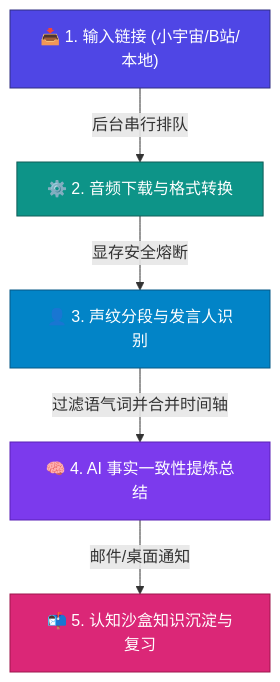
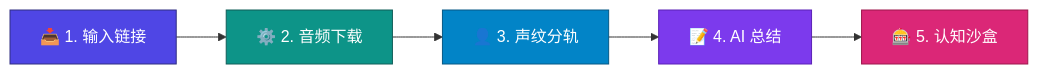
One commit to quentin2001/whisperMe changed the diagram in README.md. Above: the diagram before and after it, drawn with Mermaid. The commit also changed other lines of this file and 5 other files, not shown here.

````diff
--- a/README.md
+++ b/README.md
@@ -25,13 +25,12 @@
 ```mermaid
-graph TD
-    A["📥 1. 输入链接 (小宇宙/B站/本地)"] -->|"后台串行排队"| B["⚙️ 2. 音频下载与格式转换"]
-    B -->|"显存安全熔断"| C["👤 3. 声纹分段与发言人识别"]
-    C -->|"过滤语气词并合并时间轴"| D["🧠 4. AI 事实一致性提炼总结"]
-    D -->|"邮件/桌面通知"| E["📬 5. 认知沙盒知识沉淀与复习"]
-
-    style A fill:#4F46E5,stroke:#312E81,stroke-width:1px,color:#fff
-    style B fill:#0D9488,stroke:#115E59,stroke-width:1px,color:#fff
-    style C fill:#0284C7,stroke:#075985,stroke-width:1px,color:#fff
-    style D fill:#7C3AED,stroke:#5B21B6,stroke-width:1px,color:#fff
-    style E fill:#DB2777,stroke:#9D174D,stroke-width:1px,color:#fff
+graph LR
+    A[📥 1. 输入链接] --> B[⚙️ 2. 音频下载]
+    B --> C[👤 3. 声纹分轨]
+    C --> D[📝 4. AI 总结]
+    D --> E[🎰 5. 认知沙盒]
+    style A fill:#4F46E5,stroke:#312E81,color:#fff
+    style B fill:#0D9488,stroke:#115E59,color:#fff
+    style C fill:#0284C7,stroke:#075985,color:#fff
+    style D fill:#7C3AED,stroke:#5B21B6,color:#fff
+    style E fill:#DB2777,stroke:#9D174D,color:#fff
 ```
````
